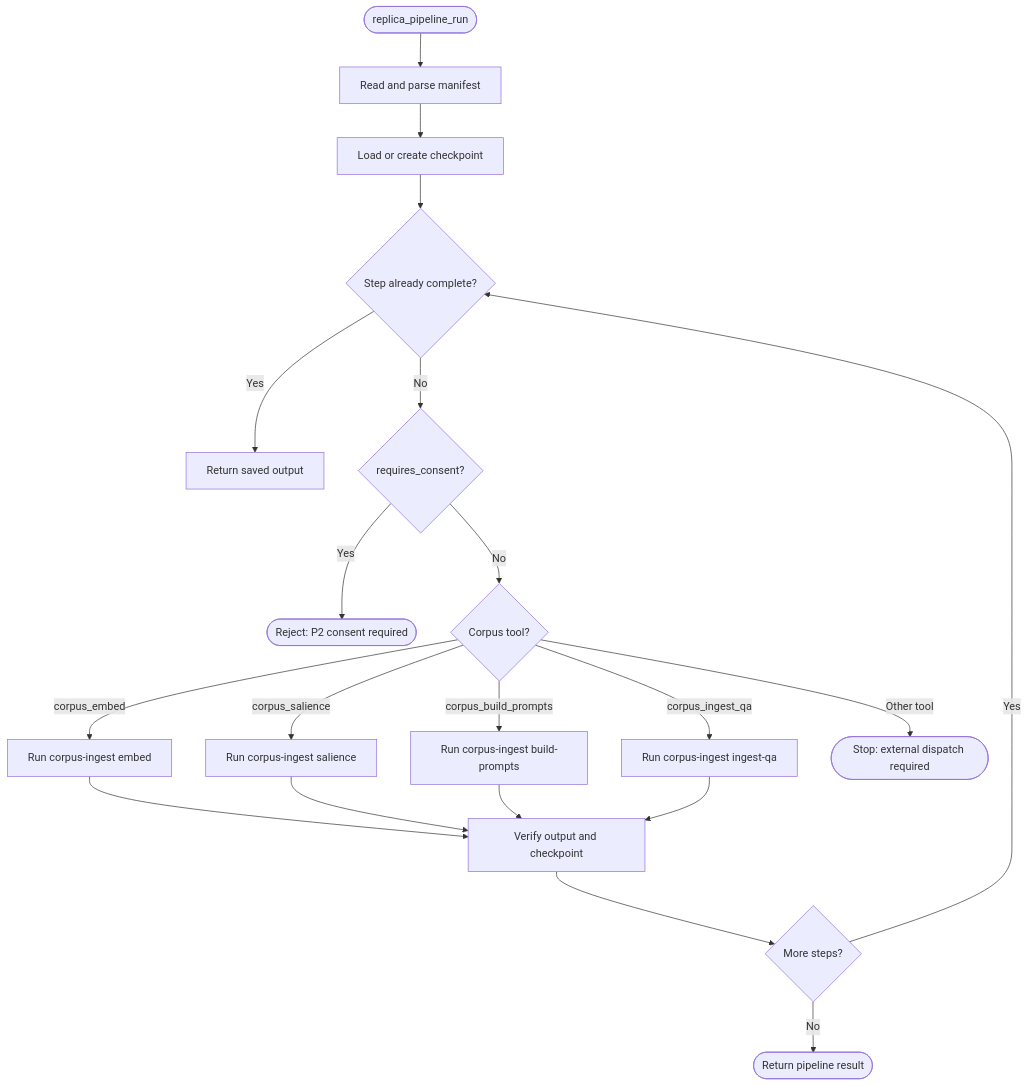
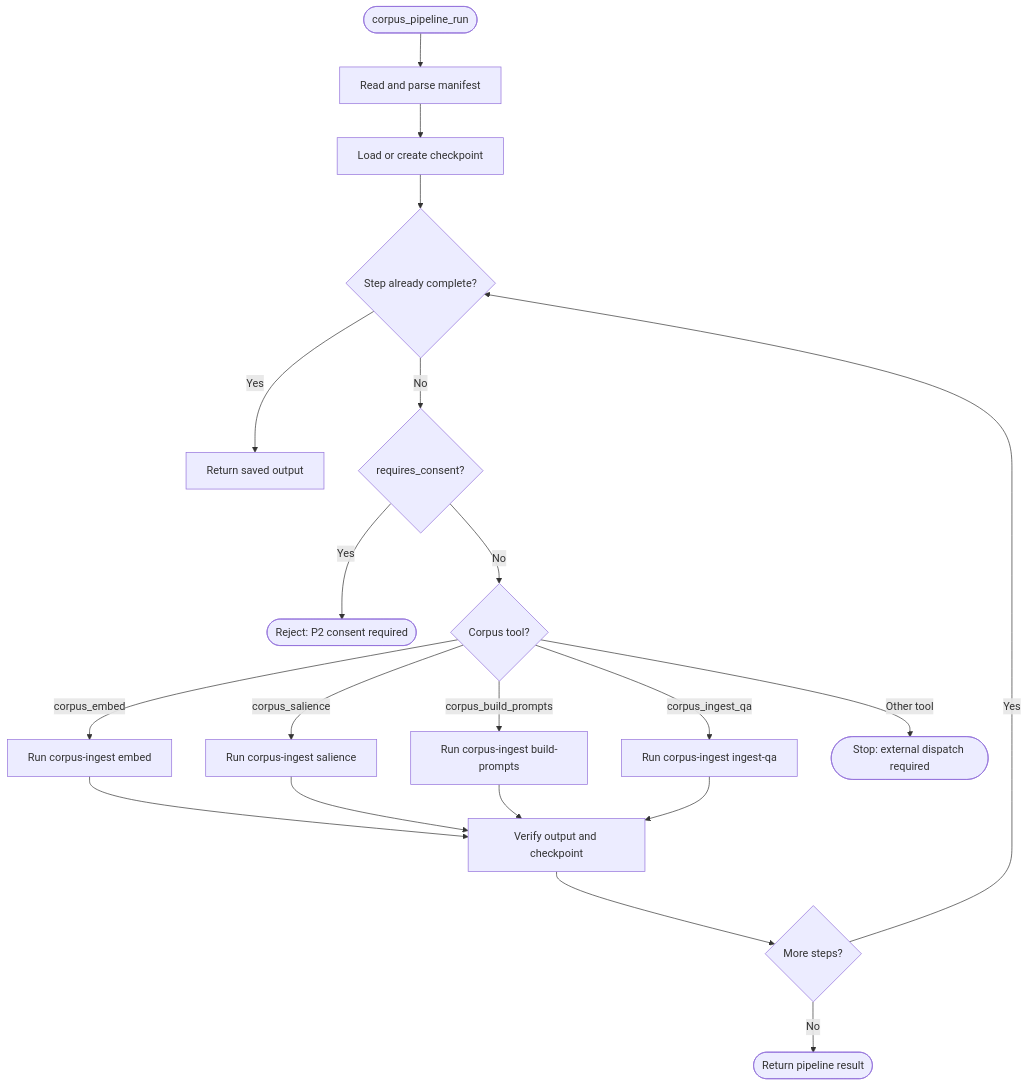
One commit to mdz-axo/zed-kask changed the second of 5 diagrams in kask/docs/explanation/training-and-adapters.md. Above: the diagram before and after it, drawn with Mermaid. The commit also changed other lines of this file and 19 other files, not shown here.

First line of the commit message:
Rename replica and docproc tools to corpus_*

````diff
--- a/kask/docs/explanation/training-and-adapters.md
+++ b/kask/docs/explanation/training-and-adapters.md
@@ -273,22 +273,22 @@
 ```mermaid
 flowchart TD
-    A([replica_pipeline_run]) --> B[Read and parse manifest]
+    A([corpus_pipeline_run]) --> B[Read and parse manifest]
     B --> C[Load or create checkpoint]
     C --> D{Step already complete?}
     D -->|Yes| E[Return saved output]
     D -->|No| F{requires_consent?}
     F -->|Yes| G([Reject: P2 consent required])
     F -->|No| H{Corpus tool?}
     H -->|corpus_embed| I[Run corpus-ingest embed]
     H -->|corpus_salience| J[Run corpus-ingest salience]
     H -->|corpus_build_prompts| K[Run corpus-ingest build-prompts]
     H -->|corpus_ingest_qa| L[Run corpus-ingest ingest-qa]
     H -->|Other tool| M([Stop: external dispatch required])
     I --> N[Verify output and checkpoint]
     J --> N
     K --> N
     L --> N
     N --> O{More steps?}
     O -->|Yes| D
     O -->|No| P([Return pipeline result])
 ```
````
